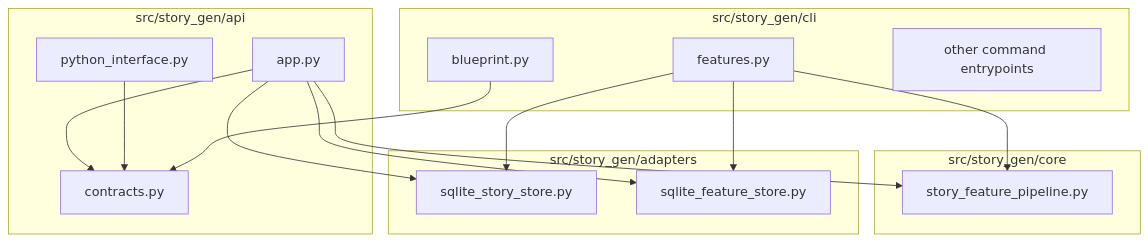
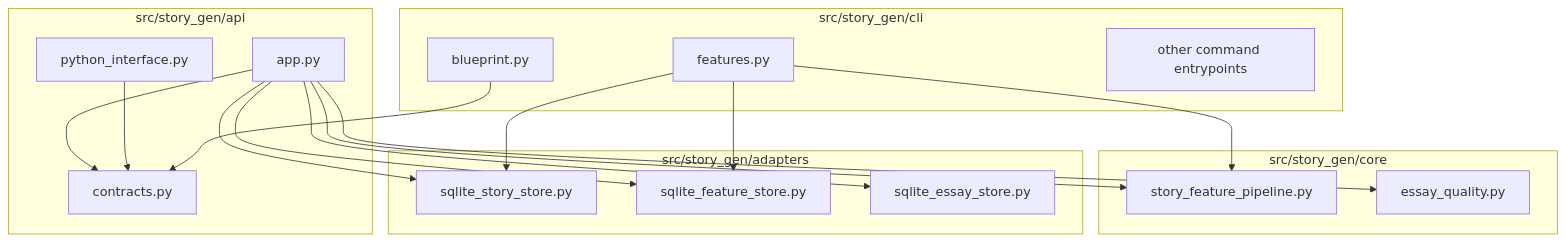
The second of 6 diagrams in docs/architecture_diagrams.md (ringxworld/story_generator), drawn with Mermaid before and after one commit. The commit also changed other lines of this file and 24 other files, not shown here.

````diff
--- a/docs/architecture_diagrams.md
+++ b/docs/architecture_diagrams.md
@@ -31,33 +33,37 @@
 ```mermaid
 flowchart TB
     subgraph API_Layer[src/story_gen/api]
       App[app.py]
       Contracts[contracts.py]
       PyIf[python_interface.py]
     end
 
     subgraph Core_Layer[src/story_gen/core]
       SFP[story_feature_pipeline.py]
+      EQ[essay_quality.py]
     end
 
     subgraph Adapter_Layer[src/story_gen/adapters]
       StoryStore[sqlite_story_store.py]
       FeatureStore[sqlite_feature_store.py]
+      EssayStore[sqlite_essay_store.py]
     end
 
     subgraph CLI_Layer[src/story_gen/cli]
       CLIFeatures[features.py]
       CLIBlueprint[blueprint.py]
       CLIOther[other command entrypoints]
     end
 
     App --> Contracts
     App --> StoryStore
     App --> FeatureStore
+    App --> EssayStore
     App --> SFP
+    App --> EQ
     PyIf --> Contracts
     CLIFeatures --> StoryStore
     CLIFeatures --> FeatureStore
     CLIFeatures --> SFP
     CLIBlueprint --> Contracts
 ```
````
